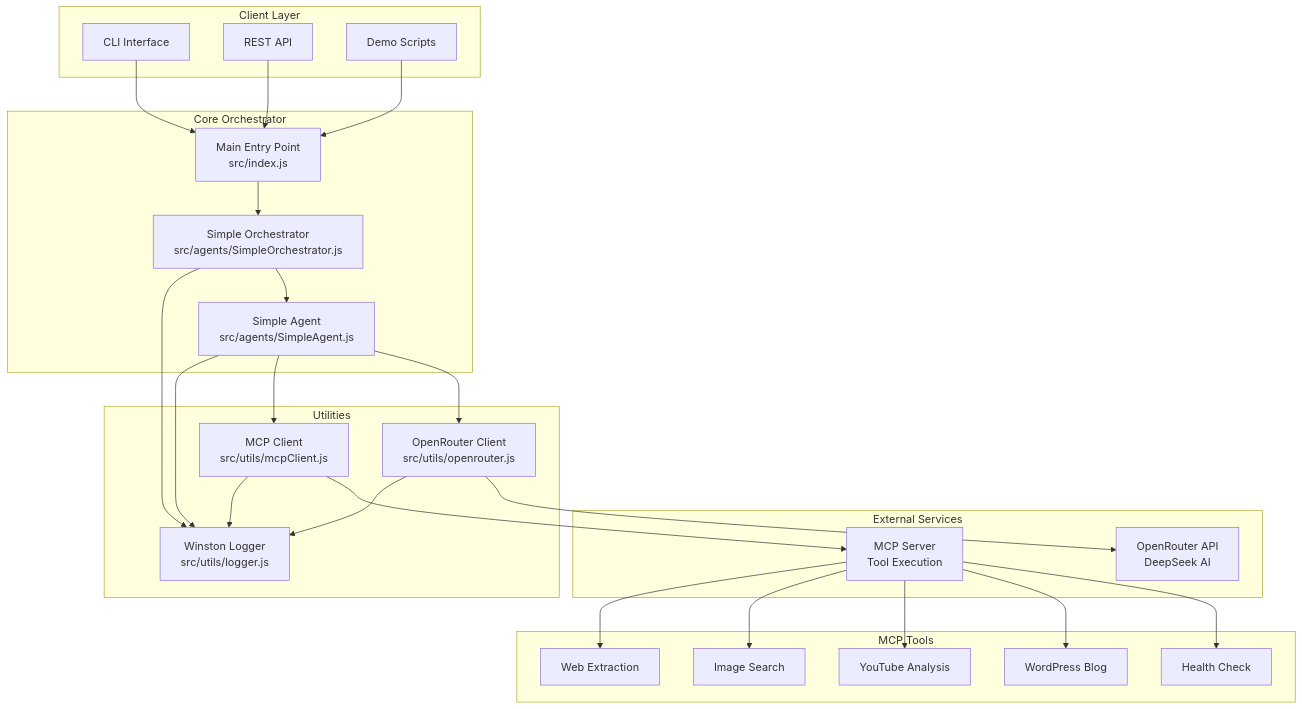
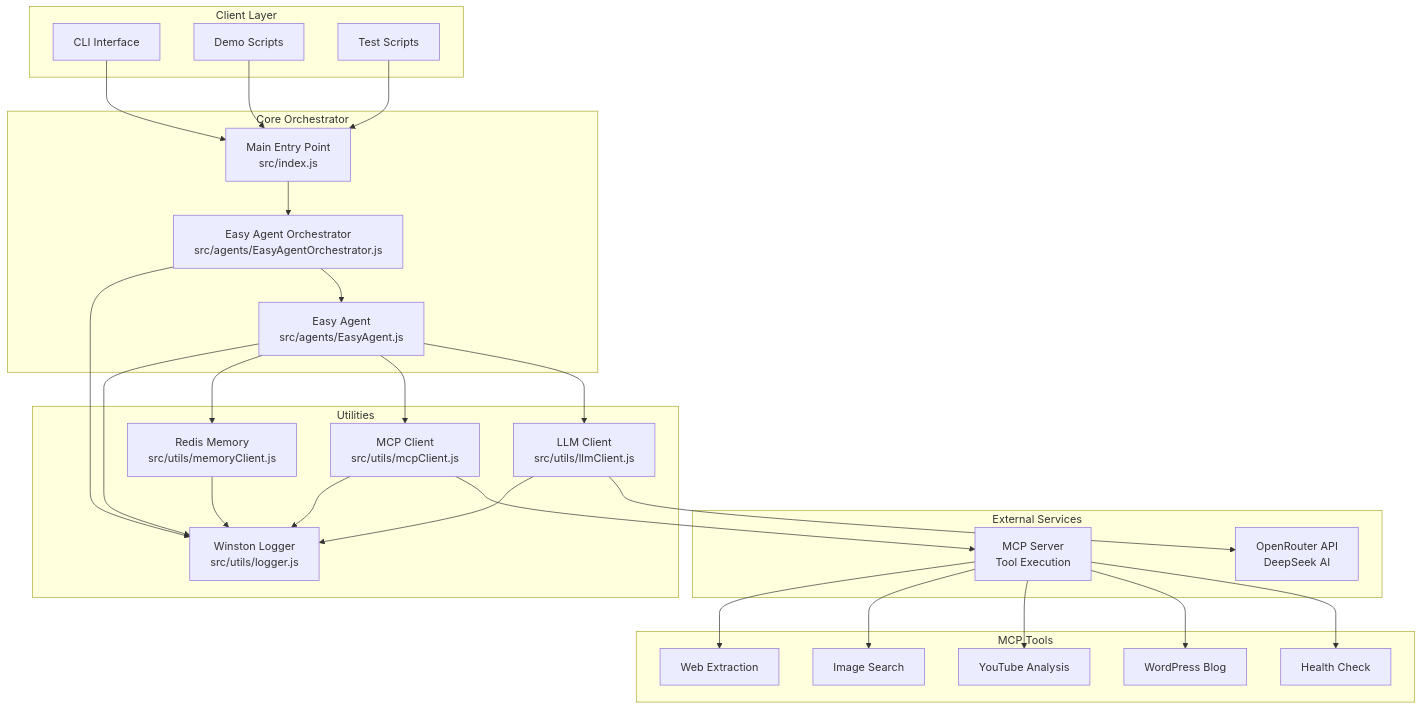
The first of 6 diagrams in README.md (easynet-world/7146-n8n-nodes-easy-ai-agent), drawn with Mermaid before and after one commit. The commit also changed other lines of this file and 31 other files, not shown here.

First line of the commit message:
feat: Professional Easy Agent Orchestrator with n8n integration

````diff
--- a/README.md
+++ b/README.md
@@ -17,57 +20,60 @@
 ```mermaid
 graph TB
     subgraph "Client Layer"
         CLI[CLI Interface]
-        API[REST API]
         DEMO[Demo Scripts]
+        TEST[Test Scripts]
     end
     
-    subgraph "Core Orchestrator"
-        MAIN[Main Entry Point<br/>src/index.js]
-        ORCH[Simple Orchestrator<br/>src/agents/SimpleOrchestrator.js]
-        AGENT[Simple Agent<br/>src/agents/SimpleAgent.js]
-    end
+        subgraph "Core Orchestrator"
+            MAIN[Main Entry Point<br/>src/index.js]
+            ORCH[Easy Agent Orchestrator<br/>src/agents/EasyAgentOrchestrator.js]
+            AGENT[Easy Agent<br/>src/agents/EasyAgent.js]
+        end
     
     subgraph "External Services"
         OPENROUTER[OpenRouter API<br/>DeepSeek AI]
         MCP_SERVER[MCP Server<br/>Tool Execution]
     end
     
-    subgraph "Utilities"
-        LOGGER[Winston Logger<br/>src/utils/logger.js]
-        MCP_CLIENT[MCP Client<br/>src/utils/mcpClient.js]
-        OPENROUTER_CLIENT[OpenRouter Client<br/>src/utils/openrouter.js]
-    end
+        subgraph "Utilities"
+            LOGGER[Winston Logger<br/>src/utils/logger.js]
+            MCP_CLIENT[MCP Client<br/>src/utils/mcpClient.js]
+            LLM_CLIENT[LLM Client<br/>src/utils/llmClient.js]
+            MEMORY_CLIENT[Redis Memory<br/>src/utils/memoryClient.js]
+        end
     
     subgraph "MCP Tools"
         HEALTH[Health Check]
         WORDPRESS[WordPress Blog]
         YOUTUBE[YouTube Analysis]
         SEARCH[Image Search]
         WEB[Web Extraction]
     end
     
     CLI --> MAIN
-    API --> MAIN
     DEMO --> MAIN
+    TEST --> MAIN
     
     MAIN --> ORCH
     ORCH --> AGENT
     
-    AGENT --> OPENROUTER_CLIENT
-    AGENT --> MCP_CLIENT
-    
-    OPENROUTER_CLIENT --> OPENROUTER
-    MCP_CLIENT --> MCP_SERVER
+        AGENT --> LLM_CLIENT
+        AGENT --> MCP_CLIENT
+        AGENT --> MEMORY_CLIENT
+        
+        LLM_CLIENT --> OPENROUTER
+        MCP_CLIENT --> MCP_SERVER
     
     MCP_SERVER --> HEALTH
     MCP_SERVER --> WORDPRESS
     MCP_SERVER --> YOUTUBE
     MCP_SERVER --> SEARCH
     MCP_SERVER --> WEB
     
-    ORCH --> LOGGER
-    AGENT --> LOGGER
-    MCP_CLIENT --> LOGGER
-    OPENROUTER_CLIENT --> LOGGER
+        ORCH --> LOGGER
+        AGENT --> LOGGER
+        MCP_CLIENT --> LOGGER
+        LLM_CLIENT --> LOGGER
+        MEMORY_CLIENT --> LOGGER
 ```
````
